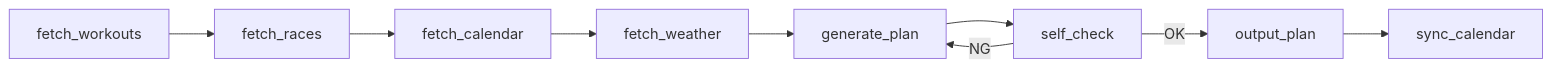
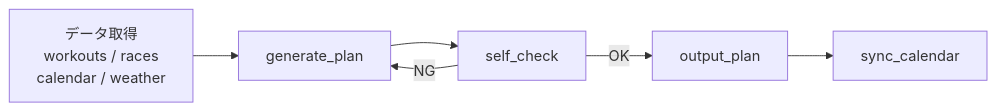
One commit to fuzztarou/run-coach changed the second of 2 diagrams in README.md. Above: the diagram before and after it, drawn with Mermaid. The commit also changed other lines of this file, not shown here.

Commit message:
docs: READMEのアーキテクチャ図・ワークフロー図を改善

````diff
--- a/README.md
+++ b/README.md
@@ -35,8 +35,7 @@
 ```mermaid
 flowchart LR
-    FW[fetch_workouts] --> FR[fetch_races] --> FC[fetch_calendar] --> FWE[fetch_weather]
-    FWE --> LLM[generate_plan]
+    F[データ取得<br>workouts / races<br>calendar / weather] --> LLM[generate_plan]
     LLM --> SC[self_check]
     SC -->|OK| OUT[output_plan] --> SYNC[sync_calendar]
     SC -->|NG| LLM
 ```
````
